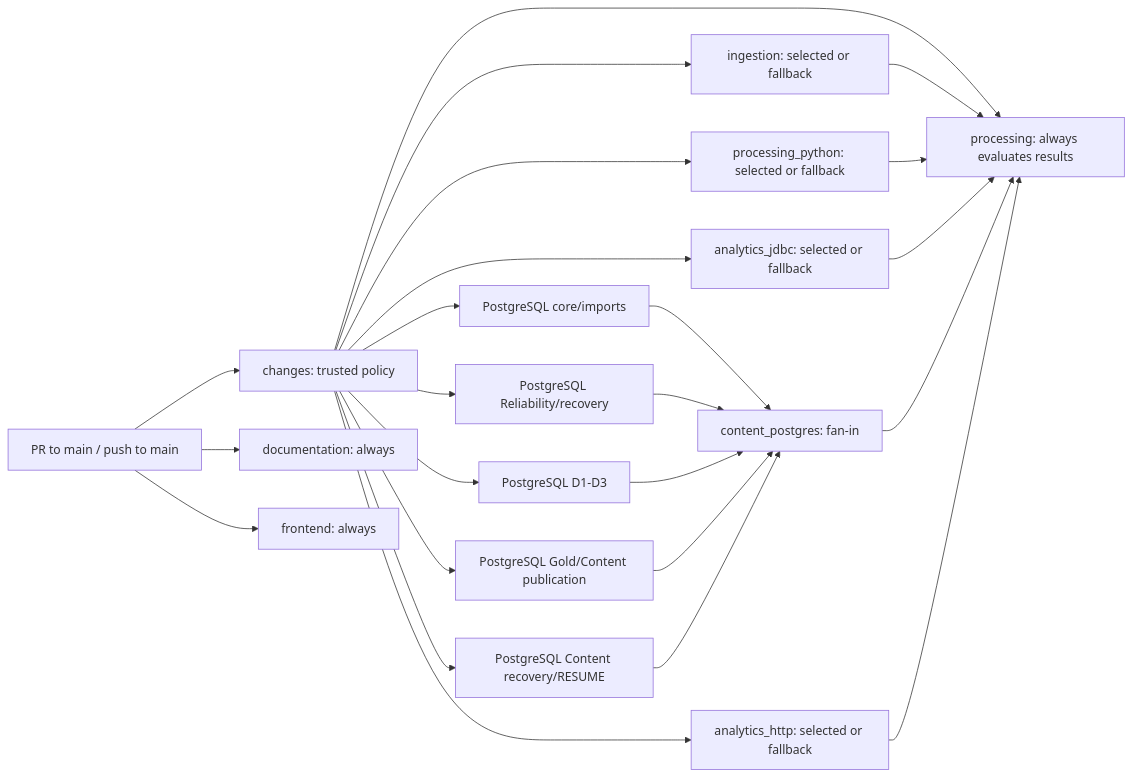
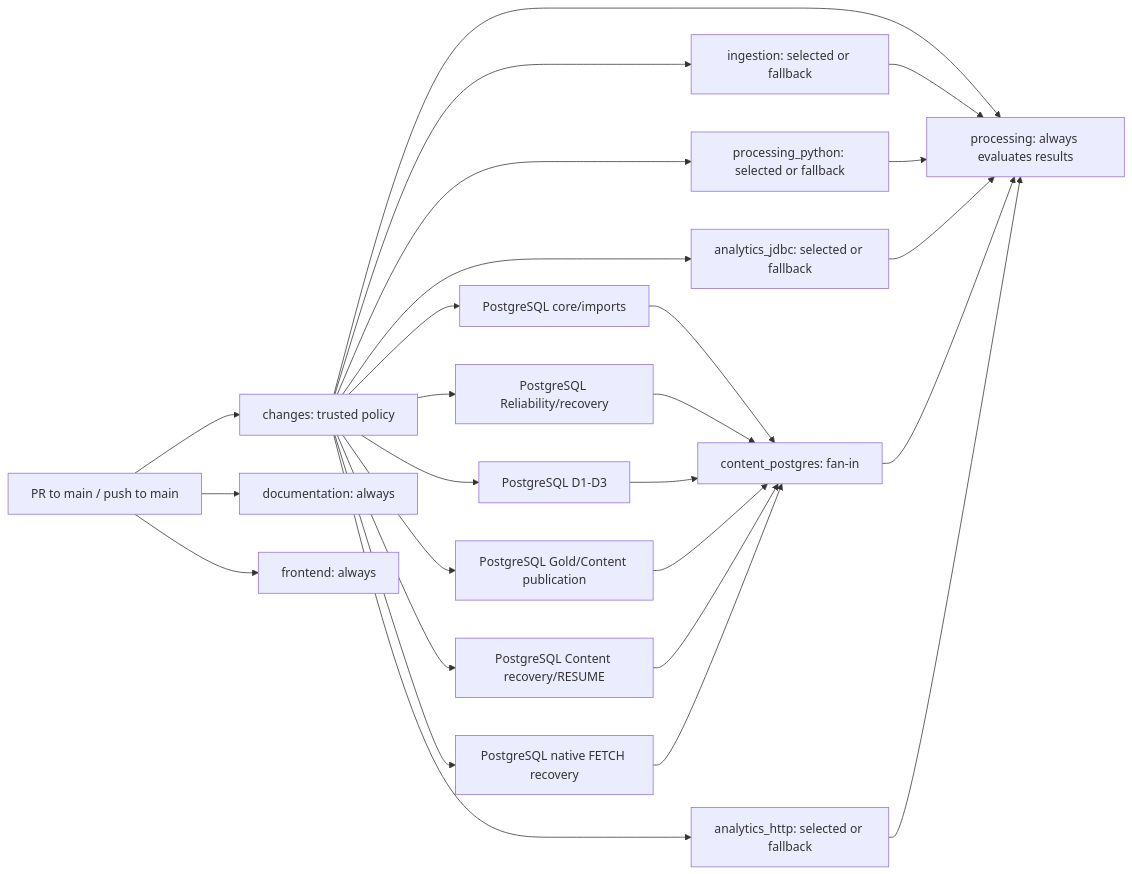
One commit to saurabh-tayade/distributed-data-intelligence-platform changed the diagram in docs/operations/ci.md. Above: the diagram before and after it, drawn with Mermaid. The commit also changed other lines of this file and 12 other files, not shown here.

Commit message:
Split mandatory native FETCH recovery CI from legacy suites

````diff
--- a/docs/operations/ci.md
+++ b/docs/operations/ci.md
@@ -39,26 +39,28 @@
 ```mermaid
 flowchart LR
   event[PR to main / push to main] --> changes[changes: trusted policy]
   event --> docs[documentation: always]
   event --> frontend[frontend: always]
   changes --> ingestion[ingestion: selected or fallback]
   changes --> python[processing_python: selected or fallback]
   changes --> jdbc[analytics_jdbc: selected or fallback]
   changes --> pgcore[PostgreSQL core/imports]
   changes --> pgrel[PostgreSQL Reliability/recovery]
   changes --> pgingest[PostgreSQL D1-D3]
   changes --> pggold[PostgreSQL Gold/Content publication]
   changes --> pgrecovery[PostgreSQL Content recovery/RESUME]
+  changes --> pgnative[PostgreSQL native FETCH recovery]
   pgcore --> postgres[content_postgres: fan-in]
   pgrel --> postgres
   pgingest --> postgres
   pggold --> postgres
   pgrecovery --> postgres
+  pgnative --> postgres
   changes --> http[analytics_http: selected or fallback]
   changes --> gate[processing: always evaluates results]
   ingestion --> gate
   python --> gate
   jdbc --> gate
   postgres --> gate
   http --> gate
 ```
````
